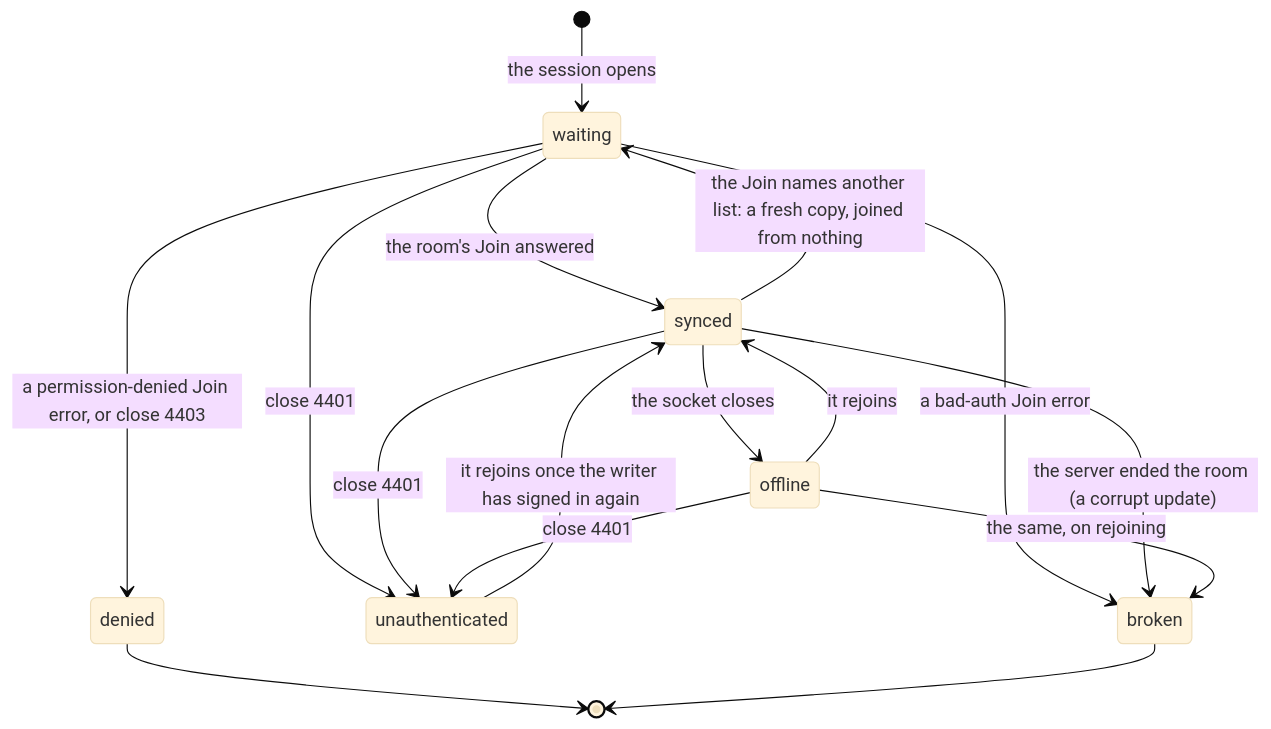
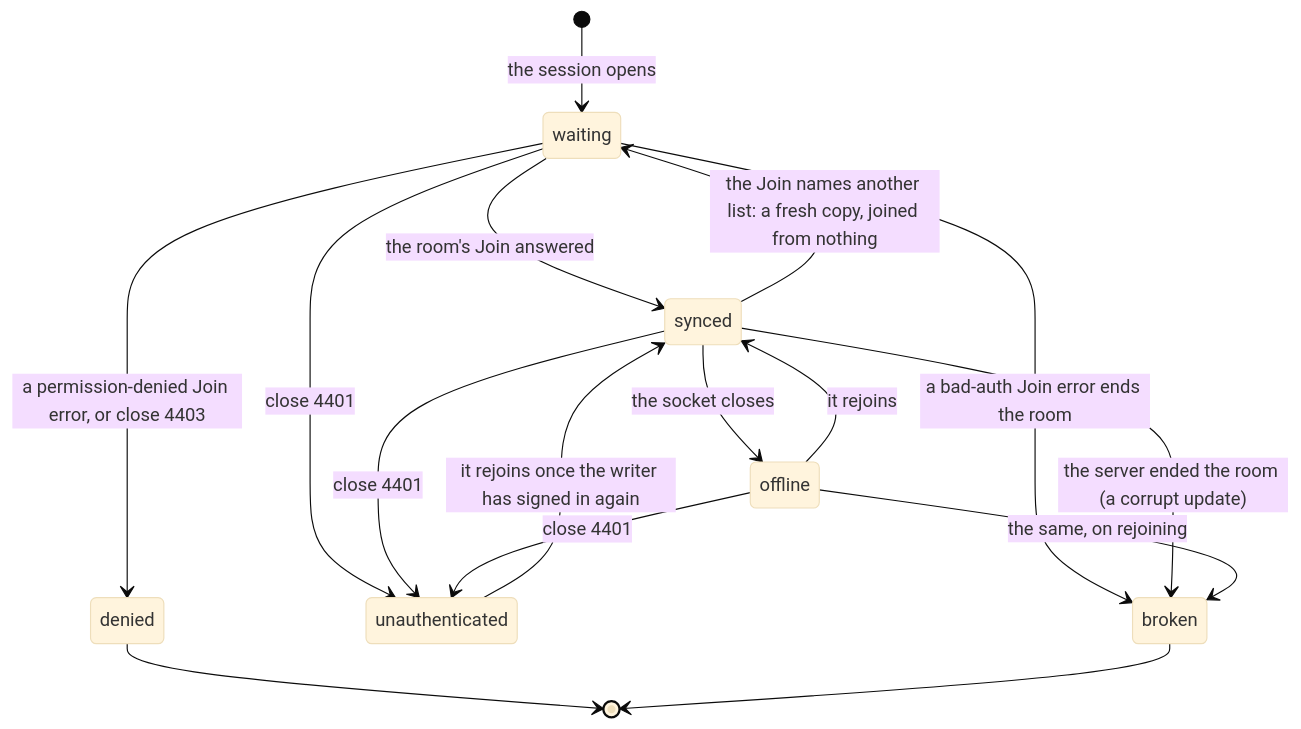
One commit to haowjy/meridian-flow changed the diagram in apps/app/src/core/tree-list/.context/state-machines.md. Above: the diagram before and after it, drawn with Mermaid (base theme). The commit also changed 8 other files, not shown here.

First line of the commit message:
Keep a lapsed room signed out until a Join is answered

````diff
--- a/apps/app/src/core/tree-list/.context/state-machines.md
+++ b/apps/app/src/core/tree-list/.context/state-machines.md
@@ -11,18 +11,18 @@
 ```mermaid
 stateDiagram-v2
   [*] --> waiting: the session opens
   waiting --> synced: the room's Join answered
   synced --> offline: the socket closes
   offline --> synced: it rejoins
   synced --> waiting: the Join names another list: a fresh copy, joined from nothing
   waiting --> denied: a permission-denied Join error, or close 4403
   waiting --> unauthenticated: close 4401
   synced --> unauthenticated: close 4401
   offline --> unauthenticated: close 4401
   unauthenticated --> synced: it rejoins once the writer has signed in again
-  waiting --> broken: a bad-auth Join error
+  waiting --> broken: a bad-auth Join error ends the room
   synced --> broken: the server ended the room (a corrupt update)
   offline --> broken: the same, on rejoining
   denied --> [*]
   broken --> [*]
 ```
````
